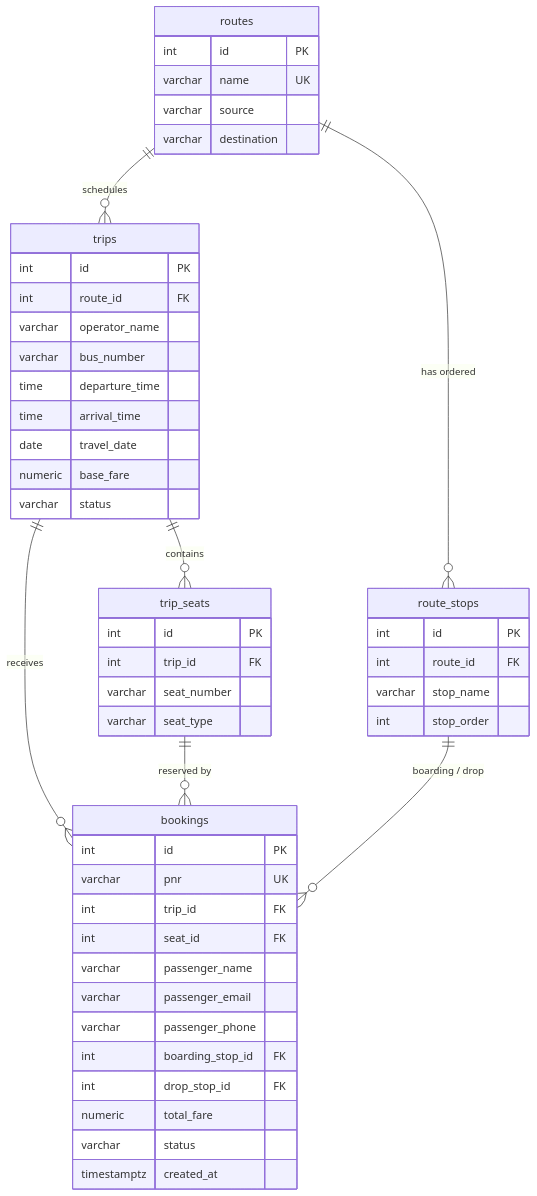
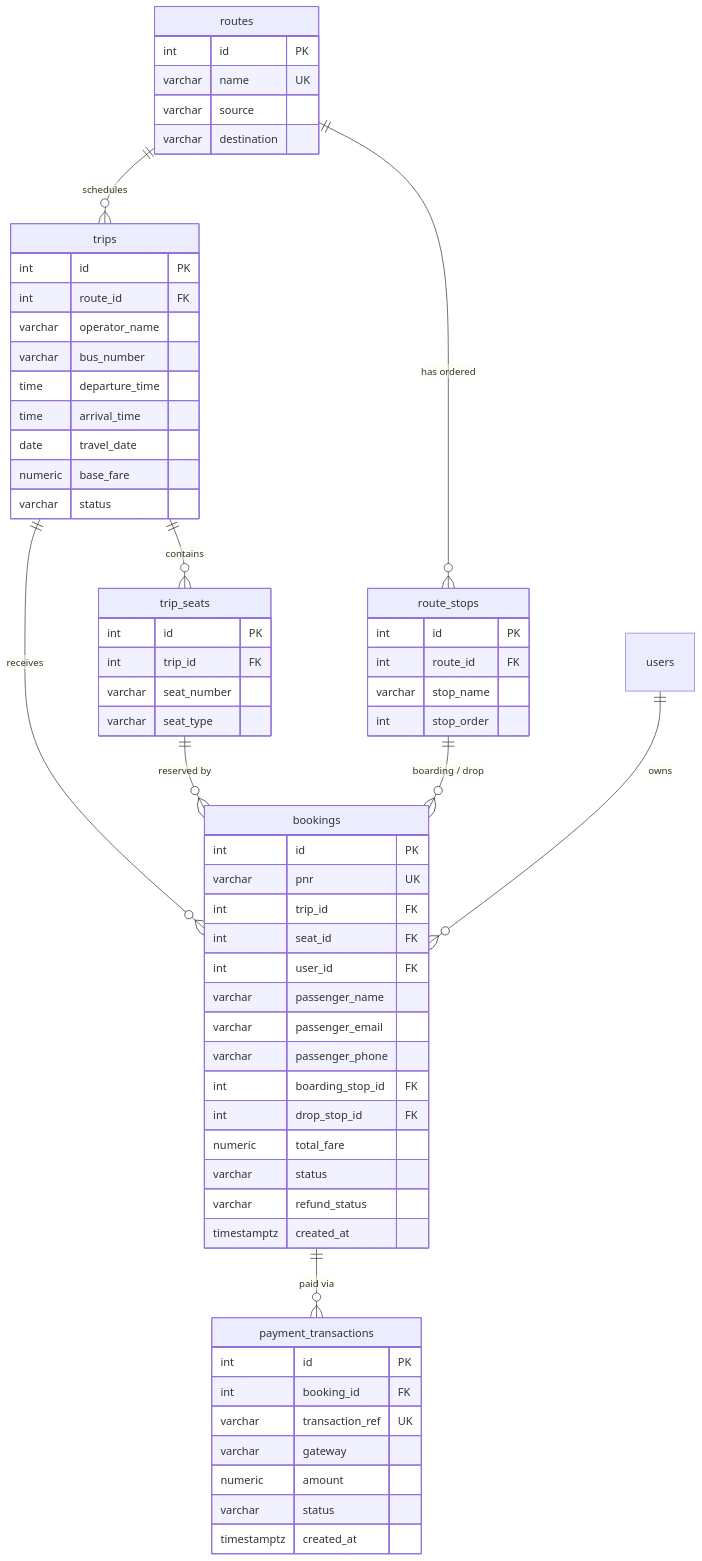
One commit to satyam-verse/busreserve-2.0 changed the third of 3 diagrams in docs/architecture.md. Above: the diagram before and after it, drawn with Mermaid. The commit also changed other lines of this file and 187 other files, not shown here.

````diff
--- a/docs/architecture.md
+++ b/docs/architecture.md
@@ -37,53 +102,66 @@
 ```mermaid
 erDiagram
     routes ||--o{ route_stops : "has ordered"
     routes ||--o{ trips : "schedules"
     trips ||--o{ trip_seats : "contains"
     trips ||--o{ bookings : "receives"
     trip_seats ||--o{ bookings : "reserved by"
     route_stops ||--o{ bookings : "boarding / drop"
+    users ||--o{ bookings : "owns"
+    bookings ||--o{ payment_transactions : "paid via"
 
     routes {
         int id PK
         varchar name UK
         varchar source
         varchar destination
     }
     route_stops {
         int id PK
         int route_id FK
         varchar stop_name
         int stop_order
     }
     trips {
         int id PK
         int route_id FK
         varchar operator_name
         varchar bus_number
         time departure_time
         time arrival_time
         date travel_date
         numeric base_fare
         varchar status
     }
     trip_seats {
         int id PK
         int trip_id FK
         varchar seat_number
         varchar seat_type
     }
     bookings {
         int id PK
         varchar pnr UK
         int trip_id FK
         int seat_id FK
+        int user_id FK
         varchar passenger_name
         varchar passenger_email
         varchar passenger_phone
         int boarding_stop_id FK
         int drop_stop_id FK
         numeric total_fare
         varchar status
+        varchar refund_status
+        timestamptz created_at
+    }
+    payment_transactions {
+        int id PK
+        int booking_id FK
+        varchar transaction_ref UK
+        varchar gateway
+        numeric amount
+        varchar status
         timestamptz created_at
     }
 ```
````
